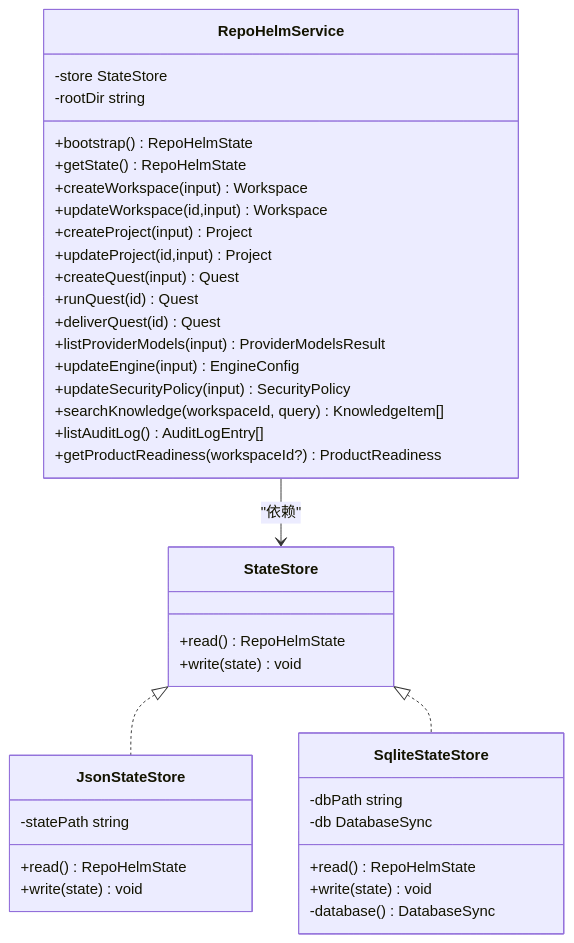
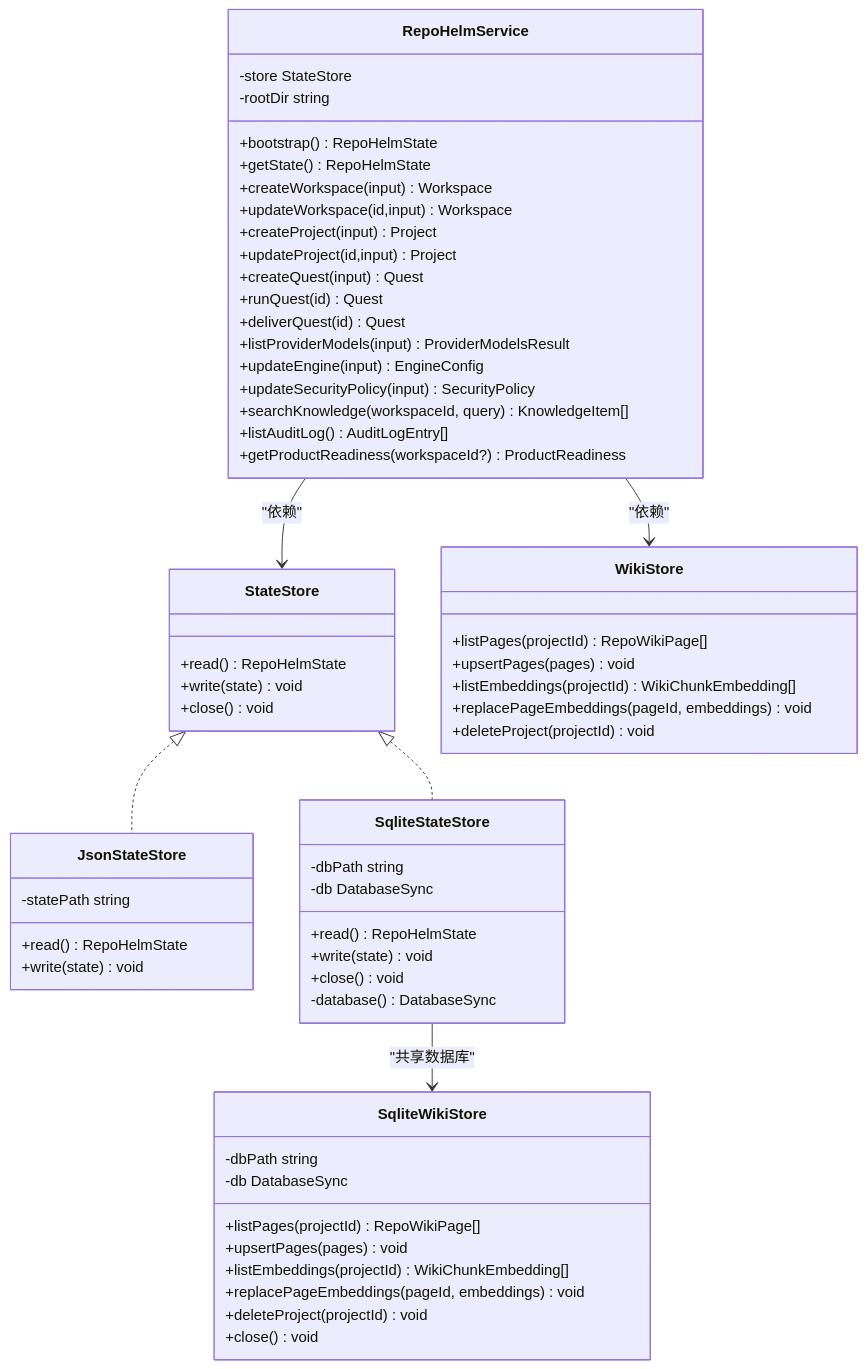
The second of 6 diagrams in .qoder/repowiki/zh/content/数据模型和类型系统/状态存储模型.md (coconilu/RepoHelm), drawn with Mermaid before and after one commit. The commit also changed other lines of this file and 3 other files, not shown here.

First line of the commit message:
Docs: add Sqlite close(), WikiStore & graceful shutdown

````diff
--- a/.qoder/repowiki/zh/content/数据模型和类型系统/状态存储模型.md
+++ b/.qoder/repowiki/zh/content/数据模型和类型系统/状态存储模型.md
@@ -88,41 +107,62 @@
 ```mermaid
 classDiagram
 class StateStore {
 +read() RepoHelmState
 +write(state) void
++close() void
 }
 class JsonStateStore {
 -statePath string
 +read() RepoHelmState
 +write(state) void
 }
 class SqliteStateStore {
 -dbPath string
 -db DatabaseSync
 +read() RepoHelmState
 +write(state) void
++close() void
 -database() DatabaseSync
 }
 class RepoHelmService {
 -store StateStore
 -rootDir string
 +bootstrap() RepoHelmState
 +getState() RepoHelmState
 +createWorkspace(input) Workspace
 +updateWorkspace(id,input) Workspace
 +createProject(input) Project
 +updateProject(id,input) Project
 +createQuest(input) Quest
 +runQuest(id) Quest
 +deliverQuest(id) Quest
 +listProviderModels(input) ProviderModelsResult
 +updateEngine(input) EngineConfig
 +updateSecurityPolicy(input) SecurityPolicy
 +searchKnowledge(workspaceId, query) KnowledgeItem[]
 +listAuditLog() AuditLogEntry[]
 +getProductReadiness(workspaceId?) ProductReadiness
 }
+class WikiStore {
++listPages(projectId) RepoWikiPage[]
++upsertPages(pages) void
++listEmbeddings(projectId) WikiChunkEmbedding[]
++replacePageEmbeddings(pageId, embeddings) void
++deleteProject(projectId) void
+}
+class SqliteWikiStore {
+-dbPath string
+-db DatabaseSync
++listPages(projectId) RepoWikiPage[]
++upsertPages(pages) void
++listEmbeddings(projectId) WikiChunkEmbedding[]
++replacePageEmbeddings(pageId, embeddings) void
++deleteProject(projectId) void
++close() void
+}
 StateStore <|.. JsonStateStore
 StateStore <|.. SqliteStateStore
 RepoHelmService --> StateStore : "依赖"
+RepoHelmService --> WikiStore : "依赖"
+SqliteStateStore --> SqliteWikiStore : "共享数据库"
 ```
````
